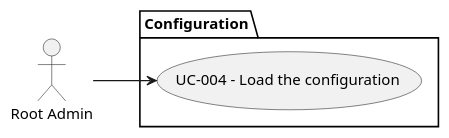
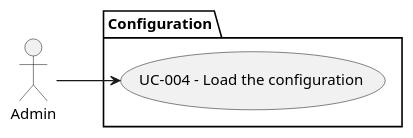
Before and after one commit to Mnemorium/mnemorium: the seventh of 8 diagrams in docs/development/UseCases.md, drawn with PlantUML. The commit also changed other lines of this file and 137 other files, not shown here.

````diff
--- a/docs/development/UseCases.md
+++ b/docs/development/UseCases.md
@@ -1207,14 +1281,14 @@
 ```puml
 @startuml
 left to right direction
 skinparam style strictuml
 
-actor "Root Admin" as RootAdmin
+actor "Admin" as Admin
 
 package "Configuration" {
   usecase "UC-004 - Load the configuration" as UC004
 }
 
-RootAdmin --> UC004
+Admin --> UC004
 @enduml
 ```
````
